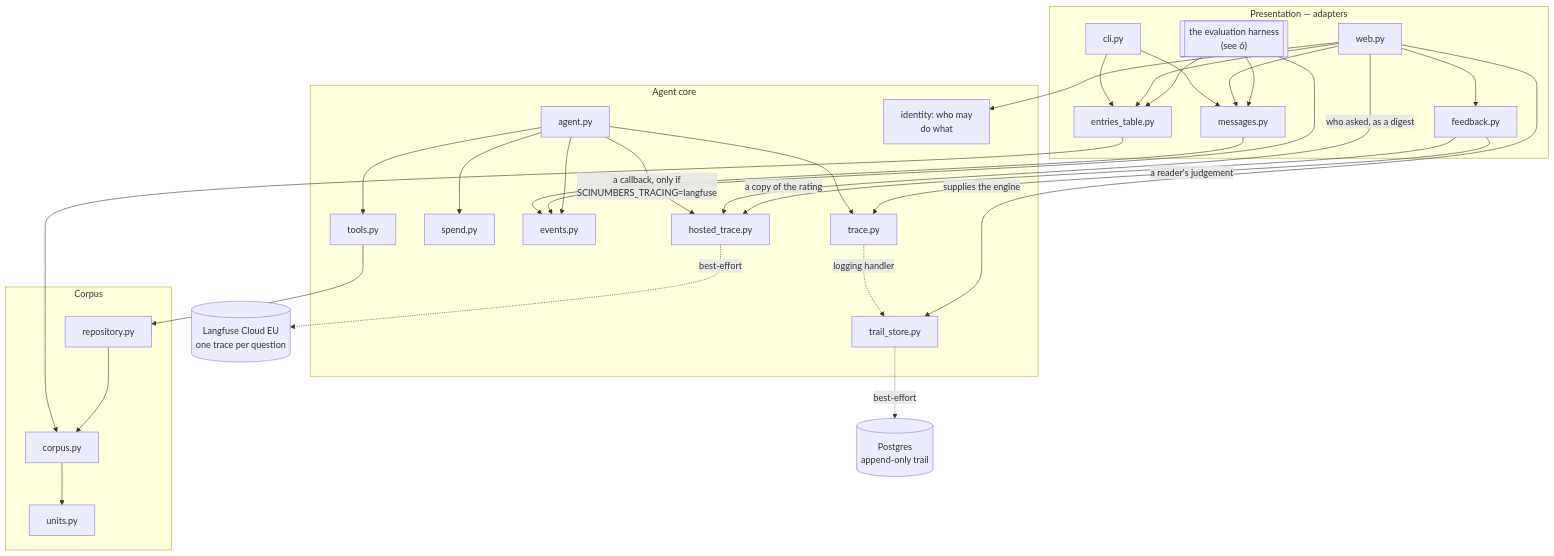
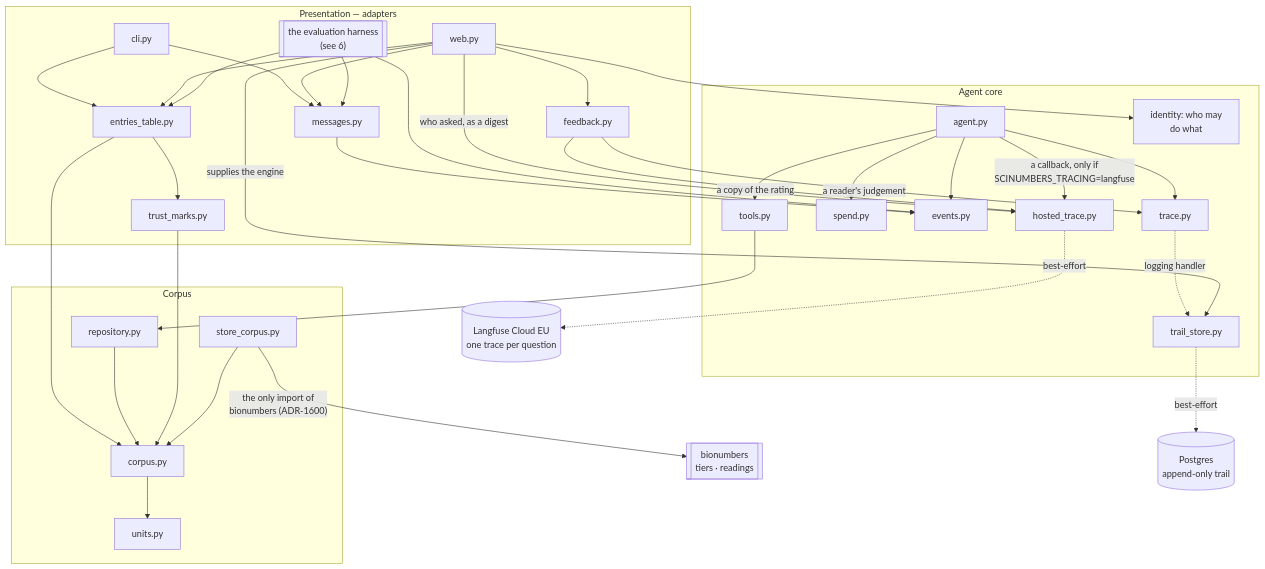
One commit to DukeOfErl/Numera changed the third of 14 diagrams in docs/diagrams/architecture.md. Above: the diagram before and after it, drawn with Mermaid. The commit also changed other lines of this file and 6 other files, not shown here.

````diff
--- a/docs/diagrams/architecture.md
+++ b/docs/diagrams/architecture.md
@@ -88,55 +88,62 @@
 ```mermaid
 flowchart TB
     subgraph presentation["Presentation — adapters"]
         cli[cli.py]
         web[web.py]
         harness[["the evaluation harness<br/>(see 6)"]]
         messages[messages.py]
         table[entries_table.py]
         fb[feedback.py]
+        tm[trust_marks.py]
     end
     subgraph core["Agent core"]
         agent[agent.py]
         tools[tools.py]
         spend[spend.py]
         events[events.py]
         trace[trace.py]
         store[trail_store.py]
         ht[hosted_trace.py]
         identity[identity: who may<br/>do what]
     end
     subgraph data["Corpus"]
         corpus[corpus.py]
         repo[repository.py]
         units[units.py]
+        sc[store_corpus.py]
     end
+    bn[["bionumbers<br/>tiers · readings"]]
     pg[("Postgres<br/>append-only trail")]
     lf[("Langfuse Cloud EU<br/>one trace per question")]
 
     cli --> messages
     web --> messages
     harness --> messages
     messages --> events
     cli --> table
     web --> table
     harness --> table
     table --> corpus
     harness --> events
     agent --> tools
     agent --> spend
     agent --> events
     agent --> trace
     tools --> repo
     repo --> corpus
     corpus --> units
+    table --> tm
+    tm --> corpus
+    sc --> corpus
+    sc -- "the only import of<br/>bionumbers (ADR-1600)" --> bn
     trace -. "logging handler" .-> store
     store -. "best-effort" .-> pg
     web -- "supplies the engine" --> store
     web --> fb
     fb -- "a reader's judgement" --> trace
     web --> identity
     agent -- "a callback, only if<br/>SCINUMBERS_TRACING=langfuse" --> ht
     web -- "who asked, as a digest" --> ht
     fb -- "a copy of the rating" --> ht
     ht -. "best-effort" .-> lf
 ```
````
